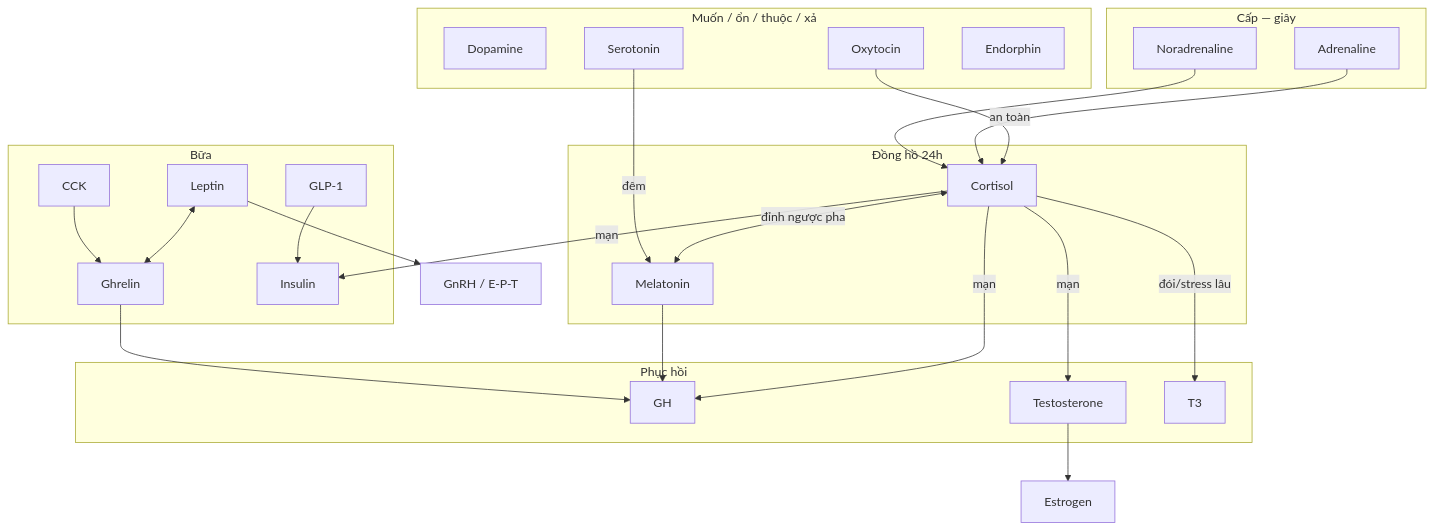
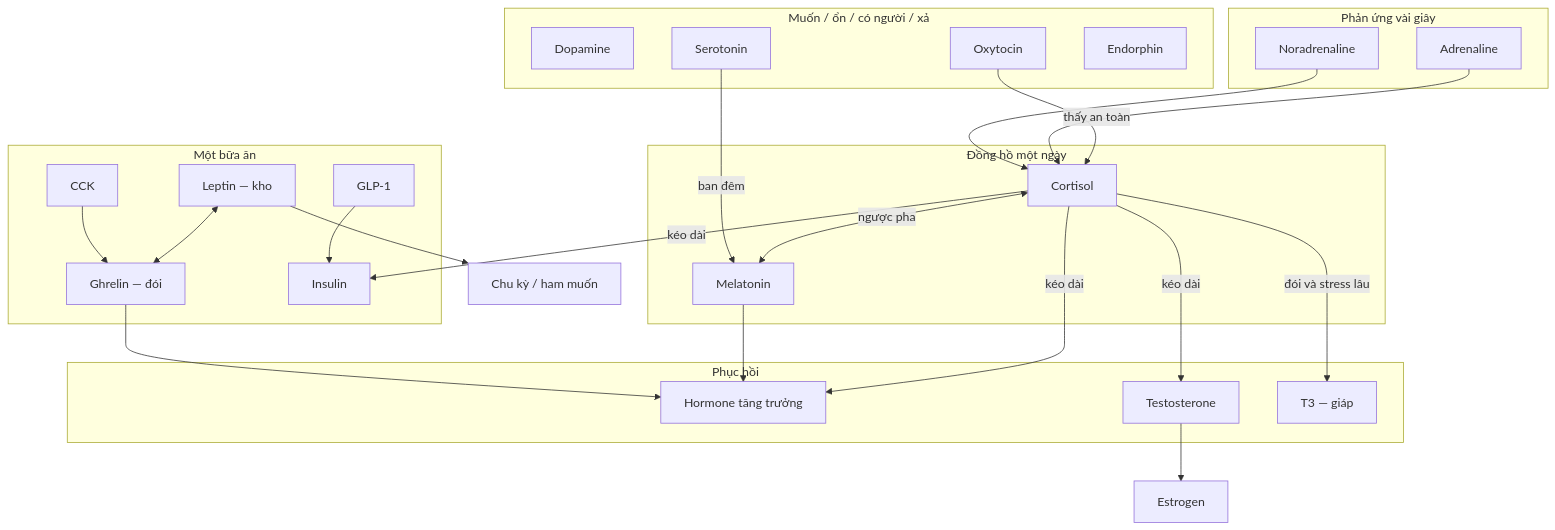
Before and after one commit to ithumanmi/MyDoc: the diagram in guides/04-lifestyle-os/health/hormone-interaction-map.md, drawn with Mermaid. The commit also changed other lines of this file and 9 other files, not shown here.

````diff
--- a/guides/04-lifestyle-os/health/hormone-interaction-map.md
+++ b/guides/04-lifestyle-os/health/hormone-interaction-map.md
@@ -52,45 +51,45 @@
 ```mermaid
 flowchart TB
-  subgraph Clock["Đồng hồ 24h"]
+  subgraph Clock["Đồng hồ một ngày"]
     CO[Cortisol]
     ME[Melatonin]
-    CO <-->|đỉnh ngược pha| ME
+    CO <-->|ngược pha| ME
   end
-  subgraph Mood["Muốn / ổn / thuộc / xả"]
+  subgraph Mood["Muốn / ổn / có người / xả"]
     DA[Dopamine]
     SE[Serotonin]
     OX[Oxytocin]
     EN[Endorphin]
   end
-  subgraph SNS["Cấp — giây"]
+  subgraph SNS["Phản ứng vài giây"]
     AD[Adrenaline]
     NA[Noradrenaline]
   end
-  subgraph Eat["Bữa"]
-    GHRE[Ghrelin]
+  subgraph Eat["Một bữa ăn"]
+    GHRE[Ghrelin — đói]
     INS[Insulin]
     GLP[GLP-1]
     CCK[CCK]
-    LEP[Leptin]
+    LEP[Leptin — kho]
   end
   subgraph Rec["Phục hồi"]
-    GH[GH]
+    GH[Hormone tăng trưởng]
     TE[Testosterone]
-    T3[T3]
+    T3[T3 — giáp]
   end
-  SE -->|đêm| ME
-  OX -->|an toàn| CO
+  SE -->|ban đêm| ME
+  OX -->|thấy an toàn| CO
   AD --> CO
   NA --> CO
-  CO -->|mạn| TE
-  CO -->|mạn| GH
-  CO -->|mạn| INS
+  CO -->|kéo dài| TE
+  CO -->|kéo dài| GH
+  CO -->|kéo dài| INS
   ME --> GH
   LEP <--> GHRE
   GHRE --> GH
   GLP --> INS
   CCK --> GHRE
   TE --> ES[Estrogen]
-  LEP --> HPG[GnRH / E-P-T]
-  CO -->|đói/stress lâu| T3
+  LEP --> HPG[Chu kỳ / ham muốn]
+  CO -->|đói và stress lâu| T3
 ```
````
